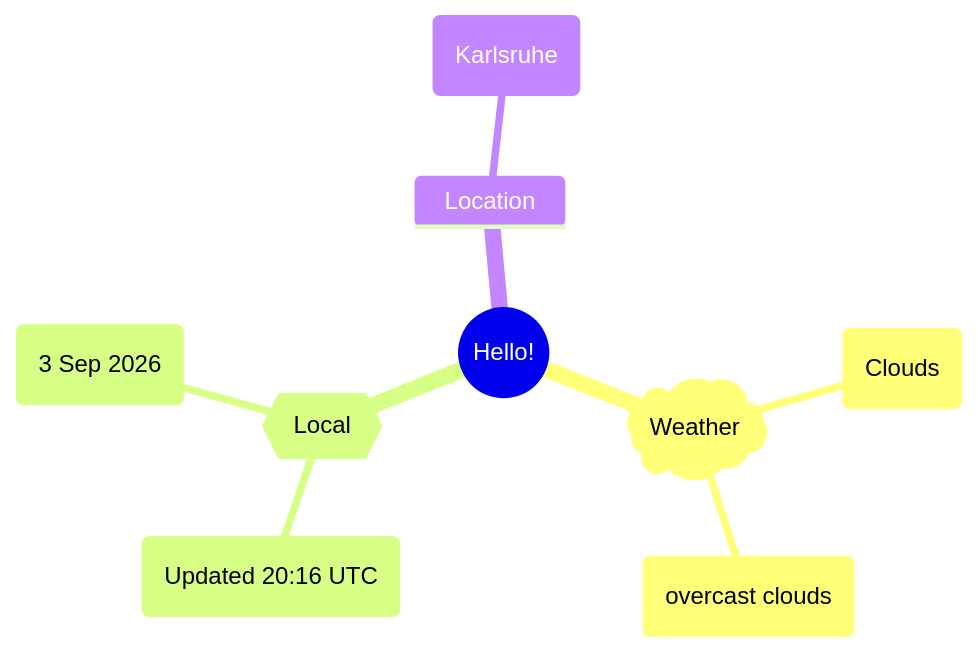
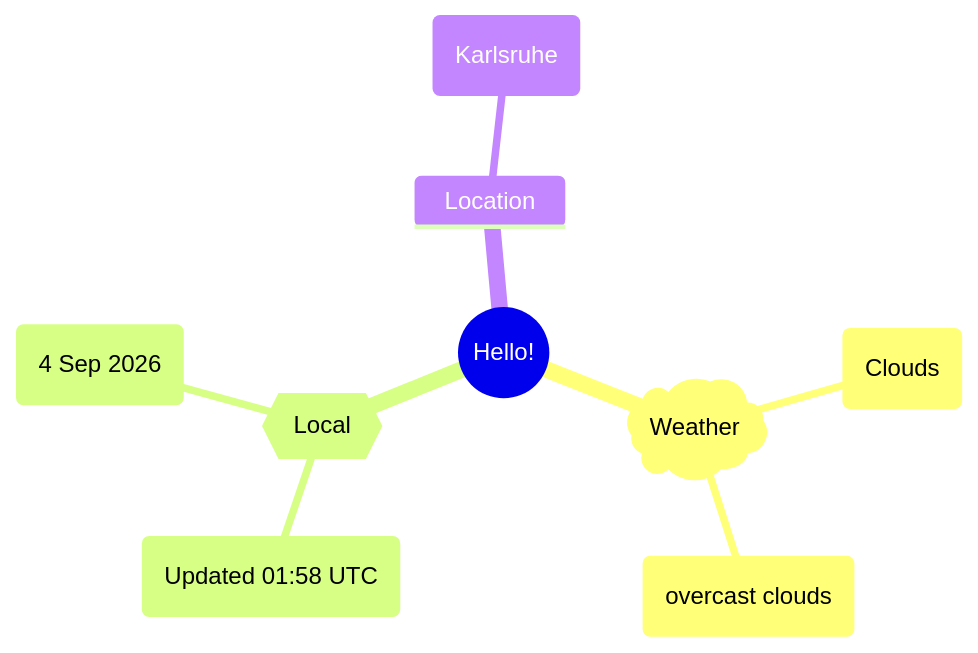
Before and after one commit to Xosrov/Xosrov: the first of 2 diagrams in README.md, drawn with Mermaid.

Commit message:
[bot] updated images

````diff
--- a/README.md
+++ b/README.md
@@ -3,12 +3,12 @@
 ```mermaid
 mindmap
   root((Hello!))
     )Weather(
         (Clouds)
         (overcast clouds)
     {{Local}}
-        (Updated 20:16 UTC)
-        (3 Sep 2026)
+        (Updated 01:58 UTC)
+        (4 Sep 2026)
     Location
         (Karlsruhe)
 ```
````
